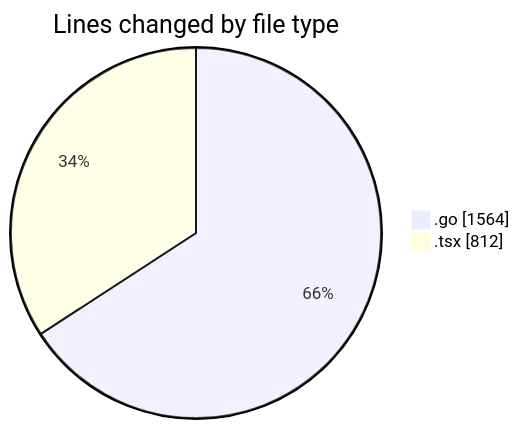
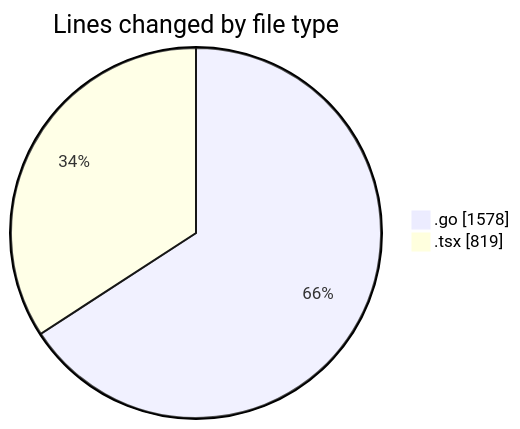
One commit to robertbonfada/code-tracking changed the first of 2 diagrams in 2025-03-10/termonied_testador/README.md. Above: the diagram before and after it, drawn with Mermaid. The commit also changed other lines of this file and 1 other file, not shown here.

````diff
--- a/2025-03-10/termonied_testador/README.md
+++ b/2025-03-10/termonied_testador/README.md
@@ -27,6 +27,6 @@
 ```mermaid
 pie showData
 title Lines changed by file type
-".go" : 1564
-".tsx" : 812
+".go" : 1578
+".tsx" : 819
 ```
````
